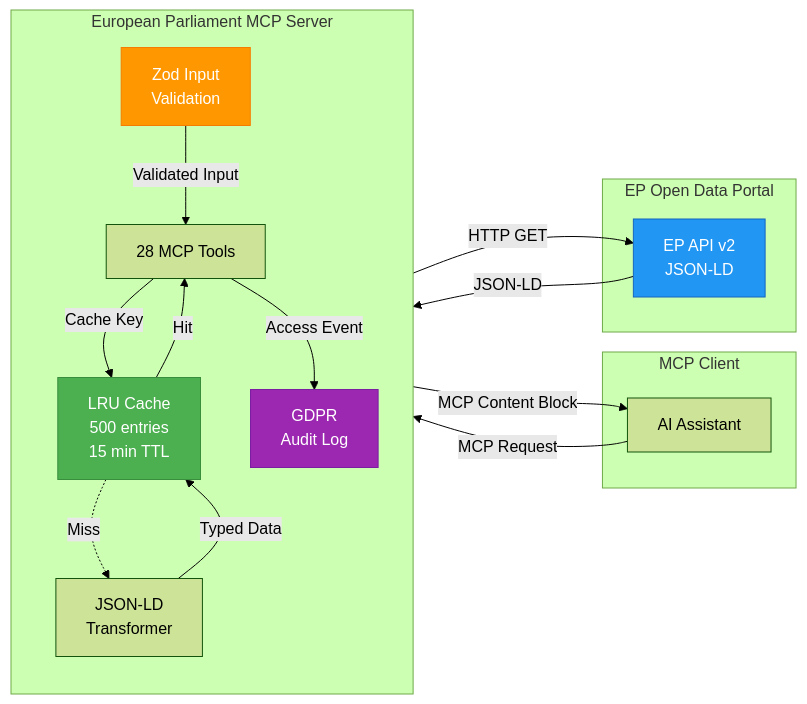
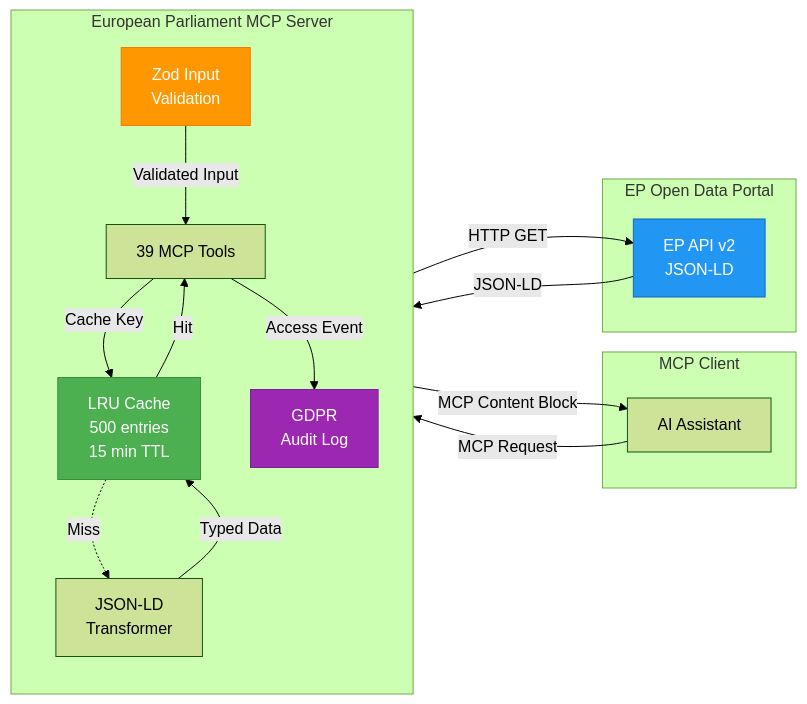
Diagram 11 of 13 in DATA_MODEL.md (Hack23/European-Parliament-MCP-Server), drawn with Mermaid (forest theme) before and after one commit. The commit also changed other lines of this file and 6 other files, not shown here.

First line of the commit message:
docs: update ARCHITECTURE.md and all docs to reflect 39 tools, no mock data

````diff
--- a/DATA_MODEL.md
+++ b/DATA_MODEL.md
@@ -848,37 +848,37 @@
 ```mermaid
 flowchart LR
     subgraph "MCP Client"
         AI[AI Assistant]
     end
 
     subgraph "European Parliament MCP Server"
         direction TB
         ZOD[Zod Input<br/>Validation]
-        TOOLS[28 MCP Tools]
+        TOOLS[39 MCP Tools]
         CACHE[LRU Cache<br/>500 entries<br/>15 min TTL]
         TRANSFORM[JSON-LD<br/>Transformer]
         AUDIT[GDPR<br/>Audit Log]
     end
 
     subgraph "EP Open Data Portal"
         API[EP API v2<br/>JSON-LD]
     end
 
     AI -->|MCP Request| ZOD
     ZOD -->|Validated Input| TOOLS
     TOOLS -->|Cache Key| CACHE
 
     CACHE -->|Hit| TOOLS
     CACHE -.->|Miss| TRANSFORM
     TRANSFORM -->|HTTP GET| API
     API -->|JSON-LD| TRANSFORM
     TRANSFORM -->|Typed Data| CACHE
 
     TOOLS -->|MCP Content Block| AI
     TOOLS -->|Access Event| AUDIT
 
     style ZOD fill:#FF9800,stroke:#F57C00,color:#fff
     style CACHE fill:#4CAF50,stroke:#388E3C,color:#fff
     style API fill:#2196F3,stroke:#1565C0,color:#fff
     style AUDIT fill:#9C27B0,stroke:#7B1FA2,color:#fff
 ```
````
